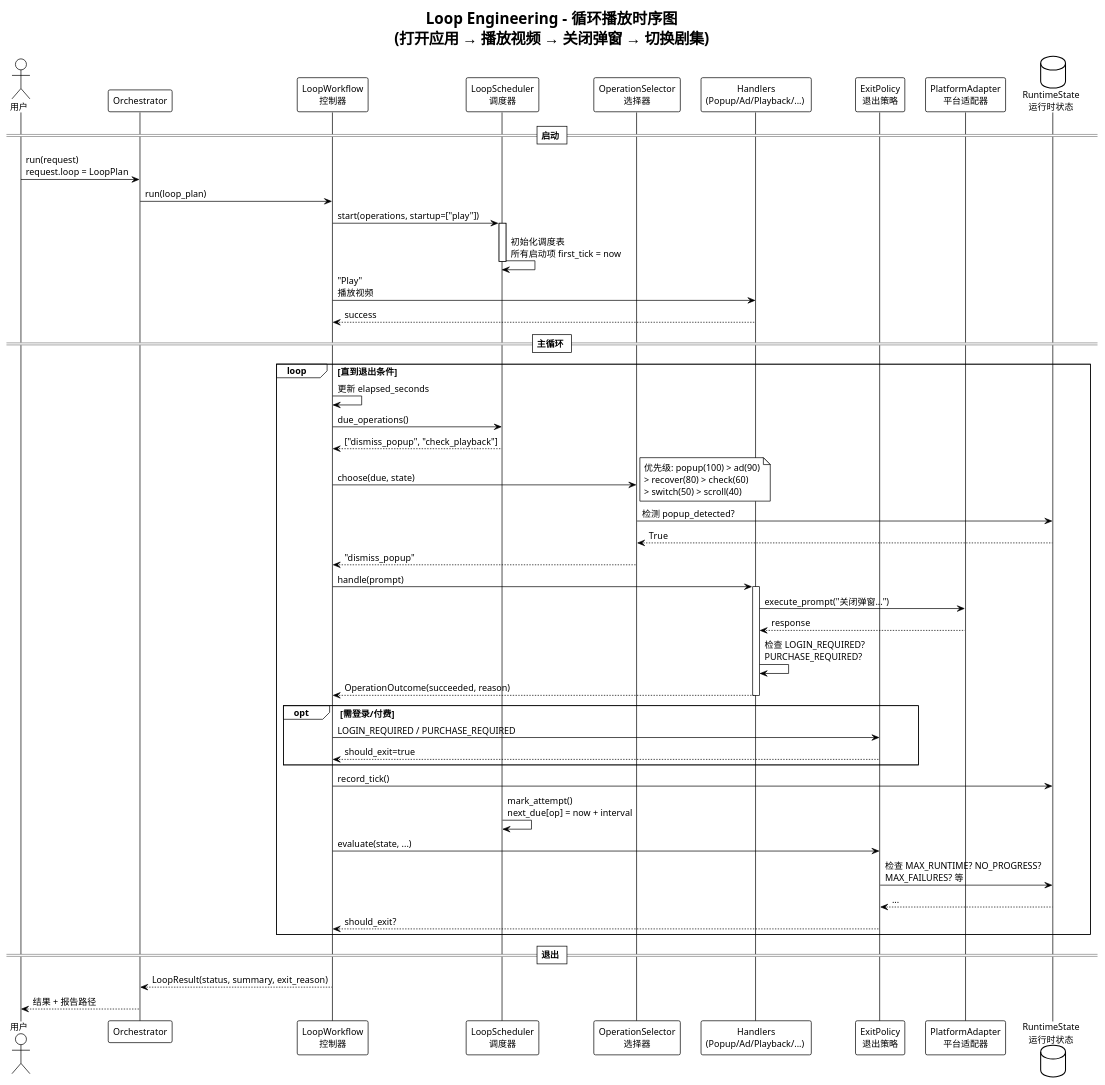
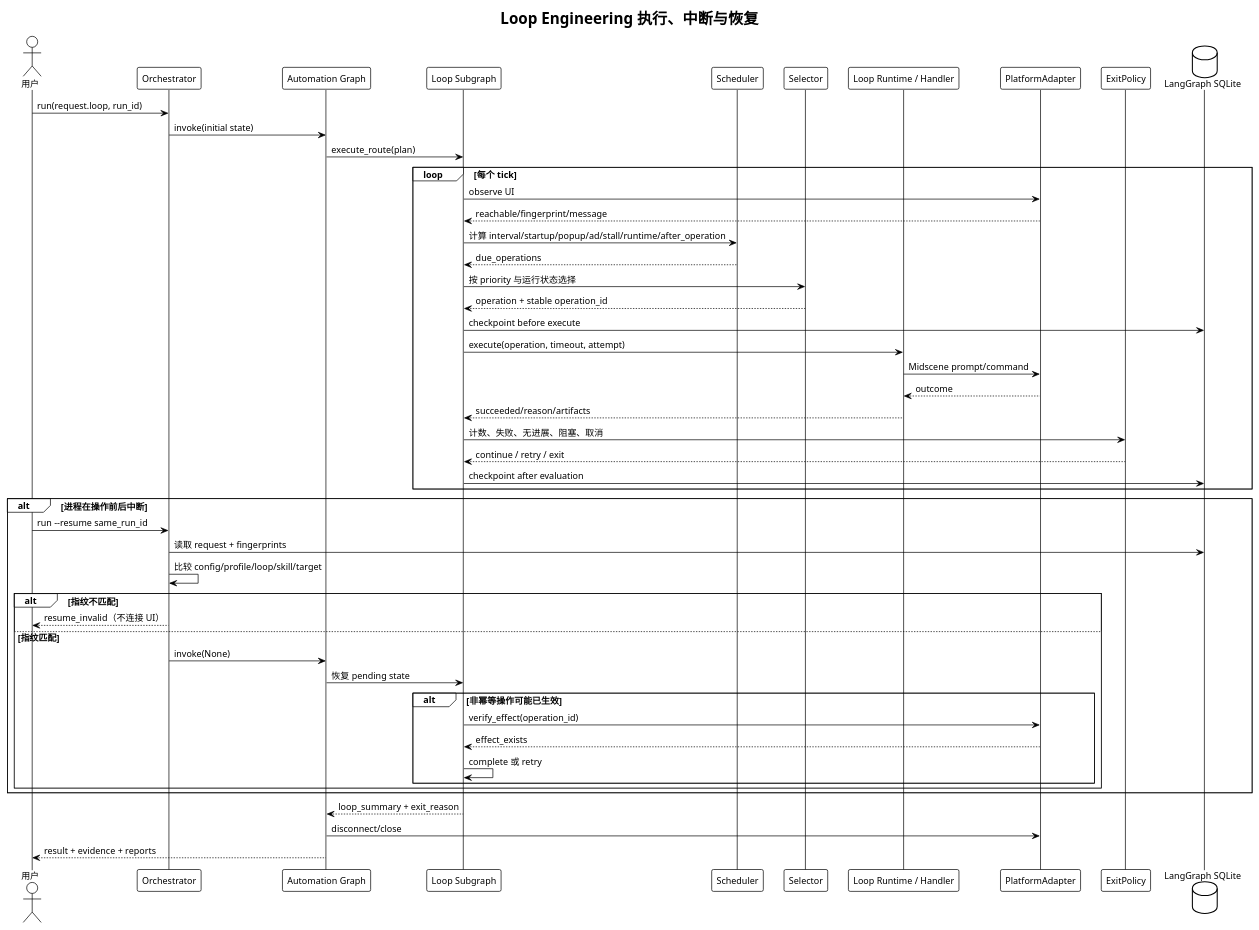
One commit to Zachary28/ui-agent changed the diagram in docs/diagrams/03-loop-engineering.puml. Above: the diagram before and after it, drawn with PlantUML. The commit also changed 108 other files, not shown here.

```diff
--- a/docs/diagrams/03-loop-engineering.puml
+++ b/docs/diagrams/03-loop-engineering.puml
@@ -1,69 +1,58 @@
 @startuml
 !theme plain
 skinparam defaultFontSize 13
+title Loop Engineering 执行、中断与恢复
 
-title Loop Engineering - 循环播放时序图\n(打开应用 → 播放视频 → 关闭弹窗 → 切换剧集)
+actor 用户
+participant Orchestrator as ORCH
+participant "Automation Graph" as MAIN
+participant "Loop Subgraph" as LOOP
+participant Scheduler as SCHED
+participant Selector as SELECT
+participant "Loop Runtime / Handler" as RUNTIME
+participant PlatformAdapter as ADAPTER
+participant ExitPolicy as EXIT
+database "LangGraph SQLite" as DB
 
-actor "用户" as user
-participant "Orchestrator" as orch
-participant "LoopWorkflow\n控制器" as loopwf
-participant "LoopScheduler\n调度器" as sched
-participant "OperationSelector\n选择器" as selector
-participant "Handlers\n(Popup/Ad/Playback/...) " as handlers
-participant "ExitPolicy\n退出策略" as exitp
-participant "PlatformAdapter\n平台适配器" as adapter
-database "RuntimeState\n运行时状态" as state
+用户 -> ORCH : run(request.loop, run_id)
+ORCH -> MAIN : invoke(initial state)
+MAIN -> LOOP : execute_route(plan)
 
-== 启动 ==
-user -> orch : run(request)\nrequest.loop = LoopPlan
-orch -> loopwf : run(loop_plan)
-
-loopwf -> sched : start(operations, startup=["play"])
-activate sched
-sched -> sched : 初始化调度表\n所有启动项 first_tick = now
-deactivate sched
-
-loopwf -> handlers : "Play"\n播放视频
-handlers --> loopwf : success
-
-== 主循环 ==
-loop 直到退出条件
-  loopwf -> loopwf : 更新 elapsed_seconds
-  
-  loopwf -> sched : due_operations()
-  sched --> loopwf : ["dismiss_popup", "check_playback"]
-  
-  loopwf -> selector : choose(due, state)
-  note right: 优先级: popup(100) > ad(90)\n> recover(80) > check(60)\n> switch(50) > scroll(40)
-  
-  selector -> state : 检测 popup_detected?
-  state --> selector : True
-  selector --> loopwf : "dismiss_popup"
-
-  loopwf -> handlers : handle(prompt)
-  activate handlers
-  handlers -> adapter : execute_prompt("关闭弹窗...")
-  adapter --> handlers : response
-  handlers -> handlers : 检查 LOGIN_REQUIRED?\nPURCHASE_REQUIRED?
-  handlers --> loopwf : OperationOutcome(succeeded, reason)
-  deactivate handlers
-
-  opt 需登录/付费
-    loopwf -> exitp : LOGIN_REQUIRED / PURCHASE_REQUIRED
-    exitp --> loopwf : should_exit=true
-  end
-
-  loopwf -> state : record_tick()
-  sched -> sched : mark_attempt()\nnext_due[op] = now + interval
-
-  loopwf -> exitp : evaluate(state, ...)
-  exitp -> state : 检查 MAX_RUNTIME? NO_PROGRESS?\nMAX_FAILURES? 等
-  state --> exitp : ...
-  exitp --> loopwf : should_exit?
+loop 每个 tick
+  LOOP -> ADAPTER : observe UI
+  ADAPTER --> LOOP : reachable/fingerprint/message
+  LOOP -> SCHED : 计算 interval/startup/popup/ad/stall/runtime/after_operation
+  SCHED --> LOOP : due_operations
+  LOOP -> SELECT : 按 priority 与运行状态选择
+  SELECT --> LOOP : operation + stable operation_id
+  LOOP -> DB : checkpoint before execute
+  LOOP -> RUNTIME : execute(operation, timeout, attempt)
+  RUNTIME -> ADAPTER : Midscene prompt/command
+  ADAPTER --> RUNTIME : outcome
+  RUNTIME --> LOOP : succeeded/reason/artifacts
+  LOOP -> EXIT : 计数、失败、无进展、阻塞、取消
+  EXIT --> LOOP : continue / retry / exit
+  LOOP -> DB : checkpoint after evaluation
 end
 
-== 退出 ==
-loopwf --> orch : LoopResult(status, summary, exit_reason)
-orch --> user : 结果 + 报告路径
+alt 进程在操作前后中断
+  用户 -> ORCH : run --resume same_run_id
+  ORCH -> DB : 读取 request + fingerprints
+  ORCH -> ORCH : 比较 config/profile/loop/skill/target
+  alt 指纹不匹配
+    ORCH --> 用户 : resume_invalid（不连接 UI）
+  else 指纹匹配
+    ORCH -> MAIN : invoke(None)
+    MAIN -> LOOP : 恢复 pending state
+    alt 非幂等操作可能已生效
+      LOOP -> ADAPTER : verify_effect(operation_id)
+      ADAPTER --> LOOP : effect_exists
+      LOOP -> LOOP : complete 或 retry
+    end
+  end
+end
 
+LOOP --> MAIN : loop_summary + exit_reason
+MAIN -> ADAPTER : disconnect/close
+MAIN --> 用户 : result + evidence + reports
 @enduml
```
